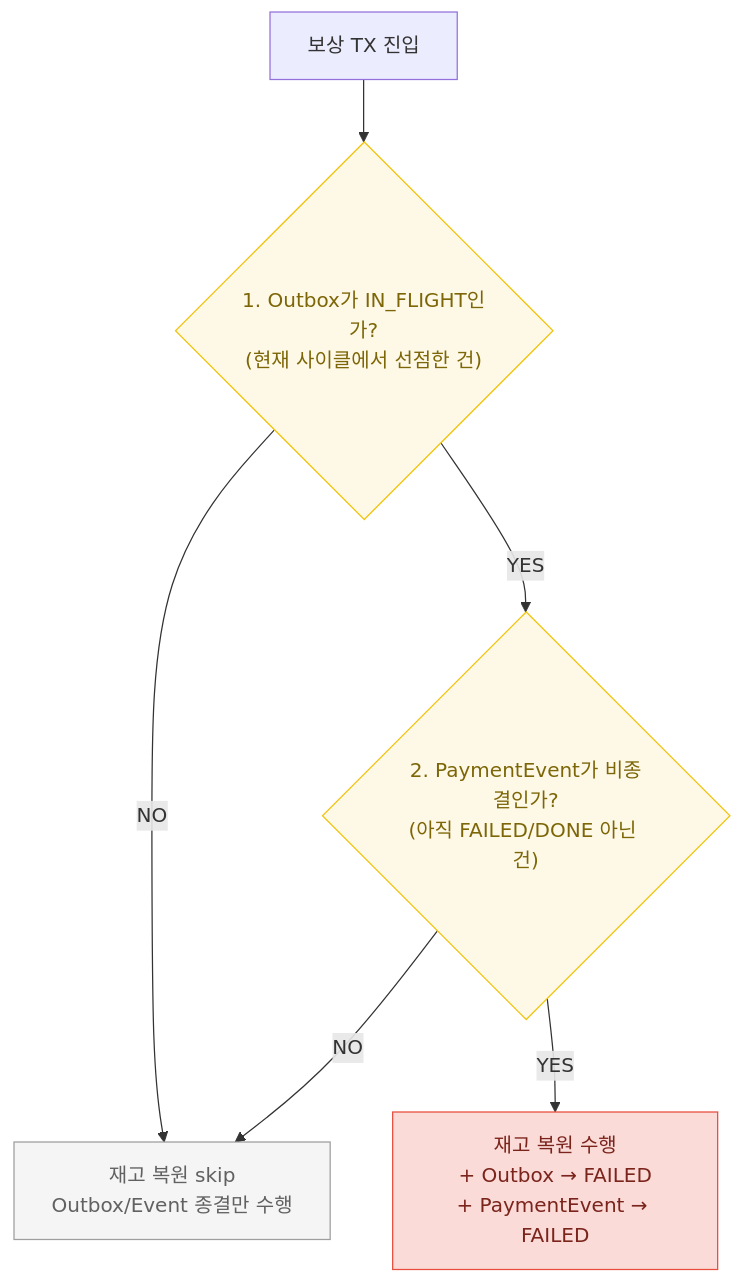
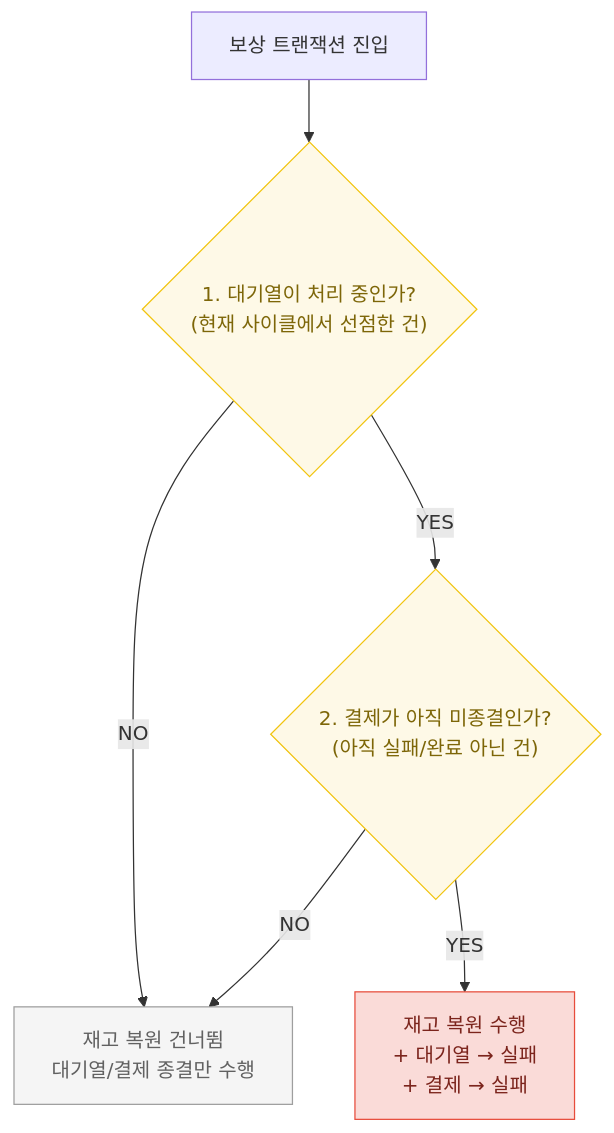
The fourth of 10 diagrams in src/content/docs/blog/payment-recovery-state-design.md (hyoguoo/hyoguoo.github.io), drawn with Mermaid before and after one commit. The commit also changed other lines of this file and 1 other file, not shown here.

````diff
--- a/src/content/docs/blog/payment-recovery-state-design.md
+++ b/src/content/docs/blog/payment-recovery-state-design.md
@@ -243,11 +243,11 @@
 ```mermaid
 flowchart TD
     classDef check fill: #FEF9E7, color: #7D6608, stroke: #F1C40F
     classDef skip fill: #F5F5F5, color: #616161, stroke: #9E9E9E
     classDef exec fill: #FADBD8, color: #7B241C, stroke: #E74C3C
-    A["보상 TX 진입"] --> C{"1. Outbox가 IN_FLIGHT인가?\n(현재 사이클에서 선점한 건)"}:::check
-    C -- " NO " --> D["재고 복원 skip\nOutbox/Event 종결만 수행"]:::skip
-    C -- " YES " --> E{"2. PaymentEvent가 비종결인가?\n(아직 FAILED/DONE 아닌 건)"}:::check
+    A["보상 트랜잭션 진입"] --> C{"1. 대기열이 처리 중인가?\n(현재 사이클에서 선점한 건)"}:::check
+    C -- " NO " --> D["재고 복원 건너뜀\n대기열/결제 종결만 수행"]:::skip
+    C -- " YES " --> E{"2. 결제가 아직 미종결인가?\n(아직 실패/완료 아닌 건)"}:::check
     E -- " NO " --> D
-    E -- " YES " --> F["재고 복원 수행\n+ Outbox → FAILED\n+ PaymentEvent → FAILED"]:::exec
+    E -- " YES " --> F["재고 복원 수행\n+ 대기열 → 실패\n+ 결제 → 실패"]:::exec
 ```
````
